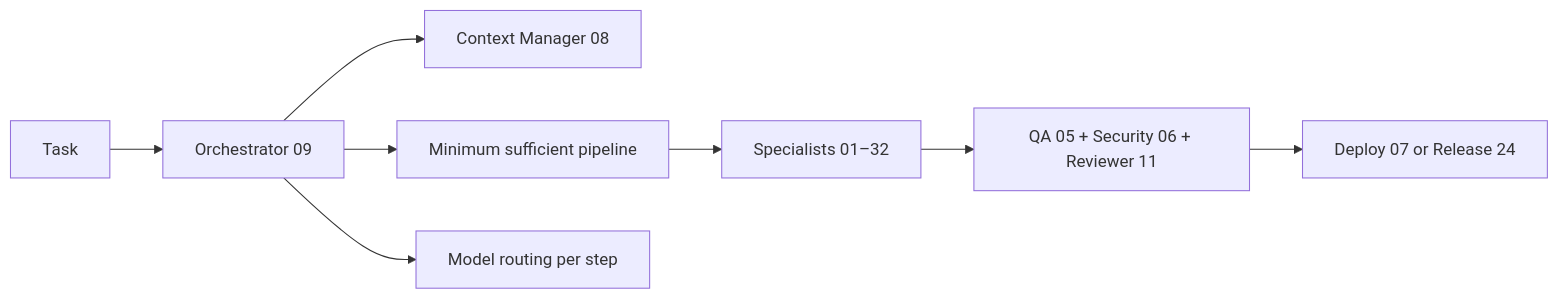
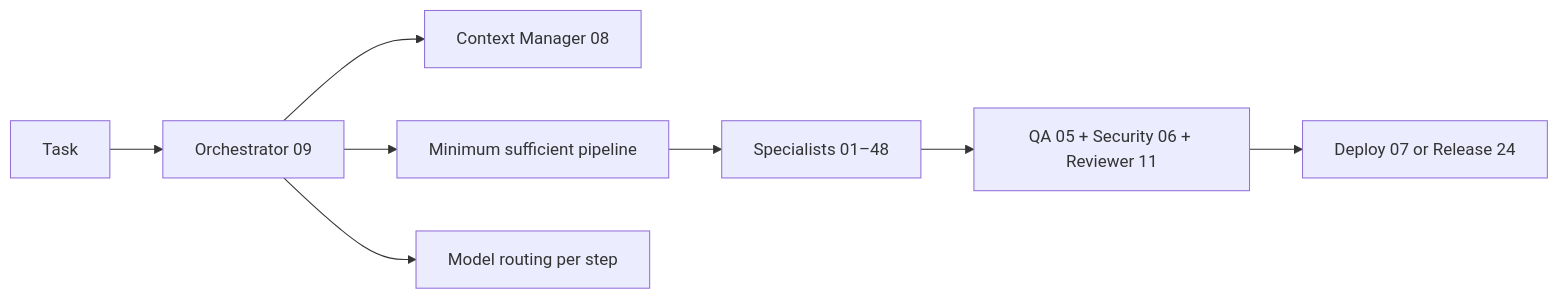
One commit to felvieira/claude-skills-fv changed the diagram in README.md. Above: the diagram before and after it, drawn with Mermaid. The commit also changed other lines of this file and 41 other files, not shown here.

````diff
--- a/README.md
+++ b/README.md
@@ -290,10 +300,10 @@
 ```mermaid
 flowchart LR
     A[Task] --> B[Orchestrator 09]
     B --> C[Context Manager 08]
     B --> D[Minimum sufficient pipeline]
-    D --> E[Specialists 01–32]
+    D --> E[Specialists 01–48]
     E --> F[QA 05 + Security 06 + Reviewer 11]
     F --> G[Deploy 07 or Release 24]
     B --> H[Model routing per step]
 ```
````
